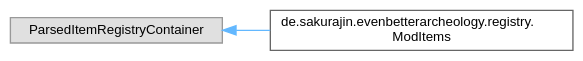
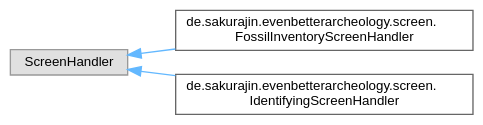
Before and after one commit to noah1510/EvenBetterArcheology: the diagram in inherit_graph_38.dot, drawn with Graphviz. The commit also changed 146 other files, not shown here.

```diff
--- a/inherit_graph_38.dot
+++ b/inherit_graph_38.dot
@@ -1,11 +1,13 @@
 digraph "Graphical Class Hierarchy"
 {
  // LATEX_PDF_SIZE
   bgcolor="transparent";
   edge [fontname=Helvetica,fontsize=10,labelfontname=Helvetica,labelfontsize=10];
   node [fontname=Helvetica,fontsize=10,shape=box,height=0.2,width=0.4];
   rankdir="LR";
-  Node0 [label="ParsedItemRegistryContainer",height=0.2,width=0.4,color="grey60", fillcolor="#E0E0E0", style="filled",tooltip=" "];
+  Node0 [label="ScreenHandler",height=0.2,width=0.4,color="grey60", fillcolor="#E0E0E0", style="filled",tooltip=" "];
   Node0 -> Node1 [dir="back",color="steelblue1",style="solid"];
-  Node1 [label="de.sakurajin.evenbetterarcheology.registry.\lModItems",height=0.2,width=0.4,color="grey40", fillcolor="white", style="filled",URL="$classde_1_1sakurajin_1_1evenbetterarcheology_1_1registry_1_1ModItems.html",tooltip=" "];
+  Node1 [label="de.sakurajin.evenbetterarcheology.screen.\lFossilInventoryScreenHandler",height=0.2,width=0.4,color="grey40", fillcolor="white", style="filled",URL="$classde_1_1sakurajin_1_1evenbetterarcheology_1_1screen_1_1FossilInventoryScreenHandler.html",tooltip=" "];
+  Node0 -> Node2 [dir="back",color="steelblue1",style="solid"];
+  Node2 [label="de.sakurajin.evenbetterarcheology.screen.\lIdentifyingScreenHandler",height=0.2,width=0.4,color="grey40", fillcolor="white", style="filled",URL="$classde_1_1sakurajin_1_1evenbetterarcheology_1_1screen_1_1IdentifyingScreenHandler.html",tooltip=" "];
 }
```
